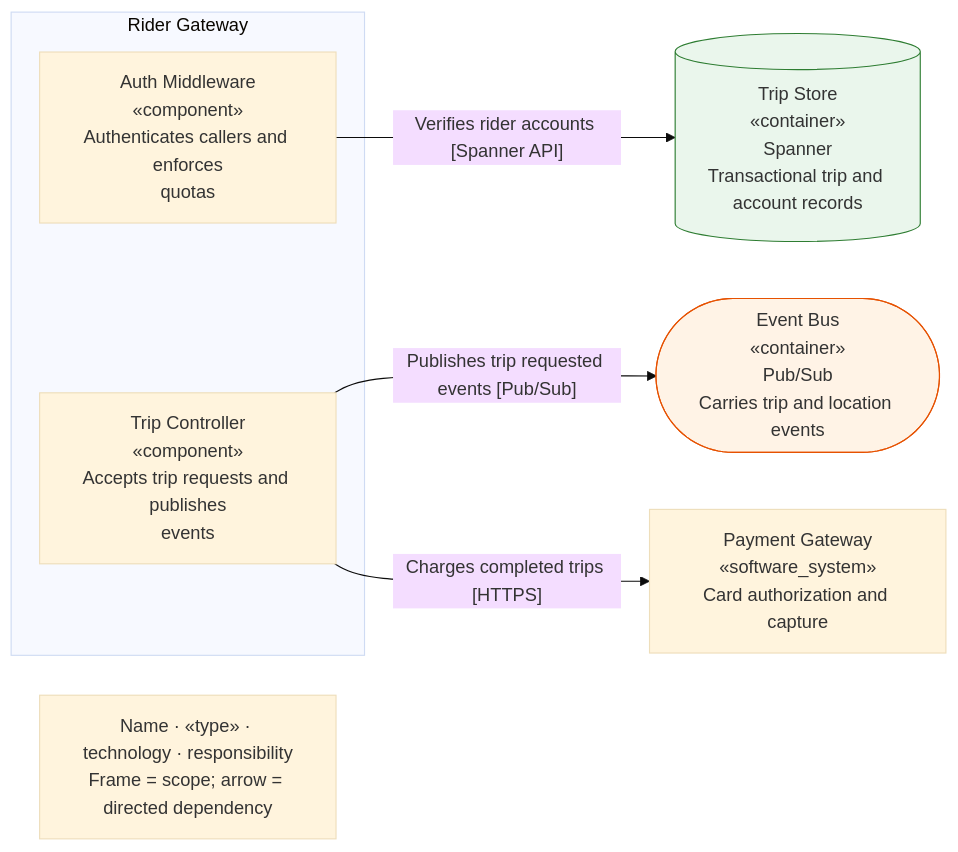
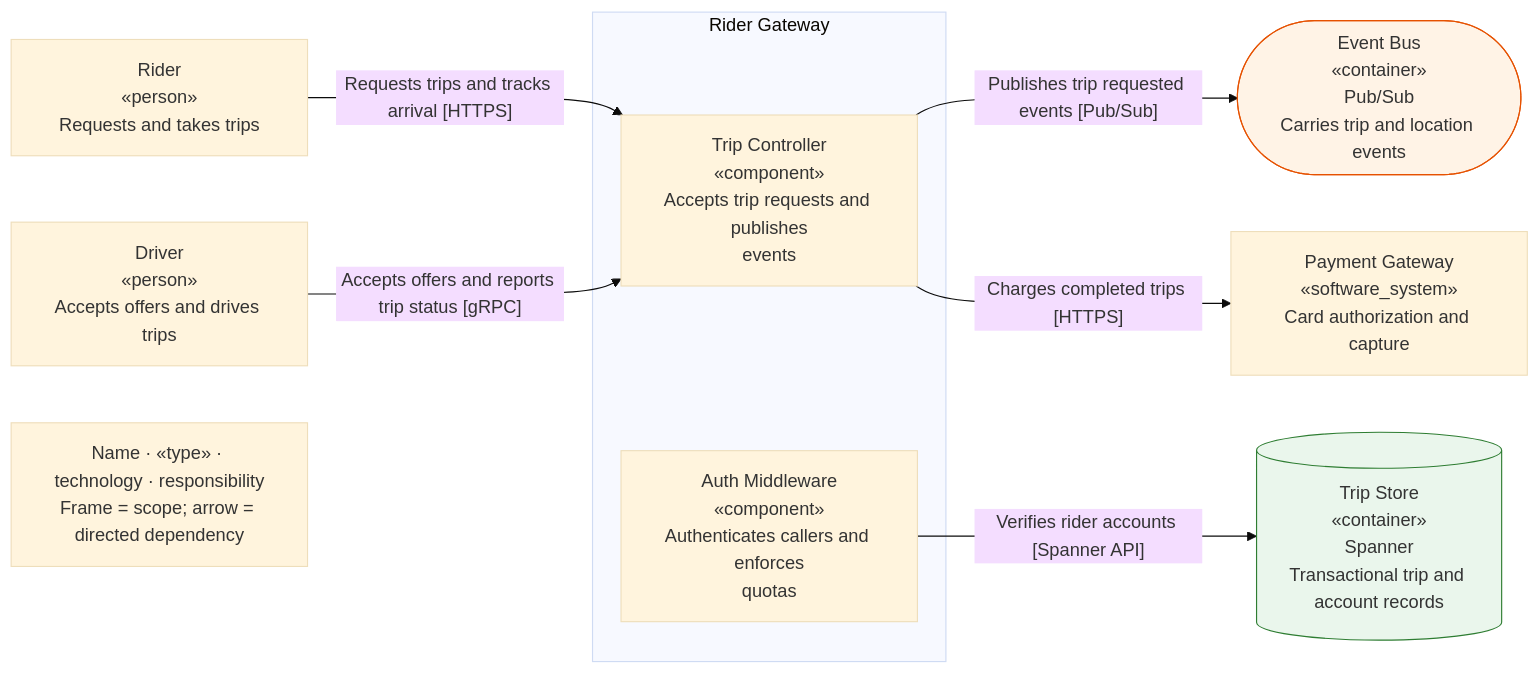
One commit to tyler59simon/architecture-suite-plugin changed the diagram in examples/ride-dispatch/diagrams/03-components/component-rider-gateway.mmd. Above: the diagram before and after it, drawn with Mermaid (base theme). The commit also changed 42 other files, not shown here.

```diff
--- a/examples/ride-dispatch/diagrams/03-components/component-rider-gateway.mmd
+++ b/examples/ride-dispatch/diagrams/03-components/component-rider-gateway.mmd
@@ -1,15 +1,19 @@
 %% Architecture Suite schema 2.0; portable layout is independent of ELK
 flowchart LR
-  n0["Payment Gateway#10;«software_system»#10;Card authorization and capture"]
-  n1(["Event Bus#10;«container»#10;Pub/Sub#10;Carries trip and location events"])
-  style n1 fill:#fff3e6,stroke:#e65100
-  n2[("Trip Store#10;«container»#10;Spanner#10;Transactional trip and account records")]
-  style n2 fill:#eaf6ec,stroke:#2e7d32
-  subgraph n3["Rider Gateway"]
-    n4["Auth Middleware#10;«component»#10;Authenticates callers and enforces#10;quotas"]
-    n5["Trip Controller#10;«component»#10;Accepts trip requests and publishes#10;events"]
+  n0["Rider#10;«person»#10;Requests and takes trips"]
+  n1["Driver#10;«person»#10;Accepts offers and drives trips"]
+  n2["Payment Gateway#10;«software_system»#10;Card authorization and capture"]
+  n3(["Event Bus#10;«container»#10;Pub/Sub#10;Carries trip and location events"])
+  style n3 fill:#fff3e6,stroke:#e65100
+  n4[("Trip Store#10;«container»#10;Spanner#10;Transactional trip and account records")]
+  style n4 fill:#eaf6ec,stroke:#2e7d32
+  subgraph n5["Rider Gateway"]
+    n6["Auth Middleware#10;«component»#10;Authenticates callers and enforces#10;quotas"]
+    n7["Trip Controller#10;«component»#10;Accepts trip requests and publishes#10;events"]
   end
-  n4 -->|"Verifies rider accounts #91;Spanner API#93;"| n2
-  n5 -->|"Publishes trip requested events #91;Pub/Sub#93;"| n1
-  n5 -->|"Charges completed trips #91;HTTPS#93;"| n0
+  n0 -->|"Requests trips and tracks arrival #91;HTTPS#93;"| n7
+  n1 -->|"Accepts offers and reports trip status #91;gRPC#93;"| n7
+  n6 -->|"Verifies rider accounts #91;Spanner API#93;"| n4
+  n7 -->|"Publishes trip requested events #91;Pub/Sub#93;"| n3
+  n7 -->|"Charges completed trips #91;HTTPS#93;"| n2
   notation_key["Name · «type» · technology · responsibility#10;Frame = scope; arrow = directed dependency"]
```
